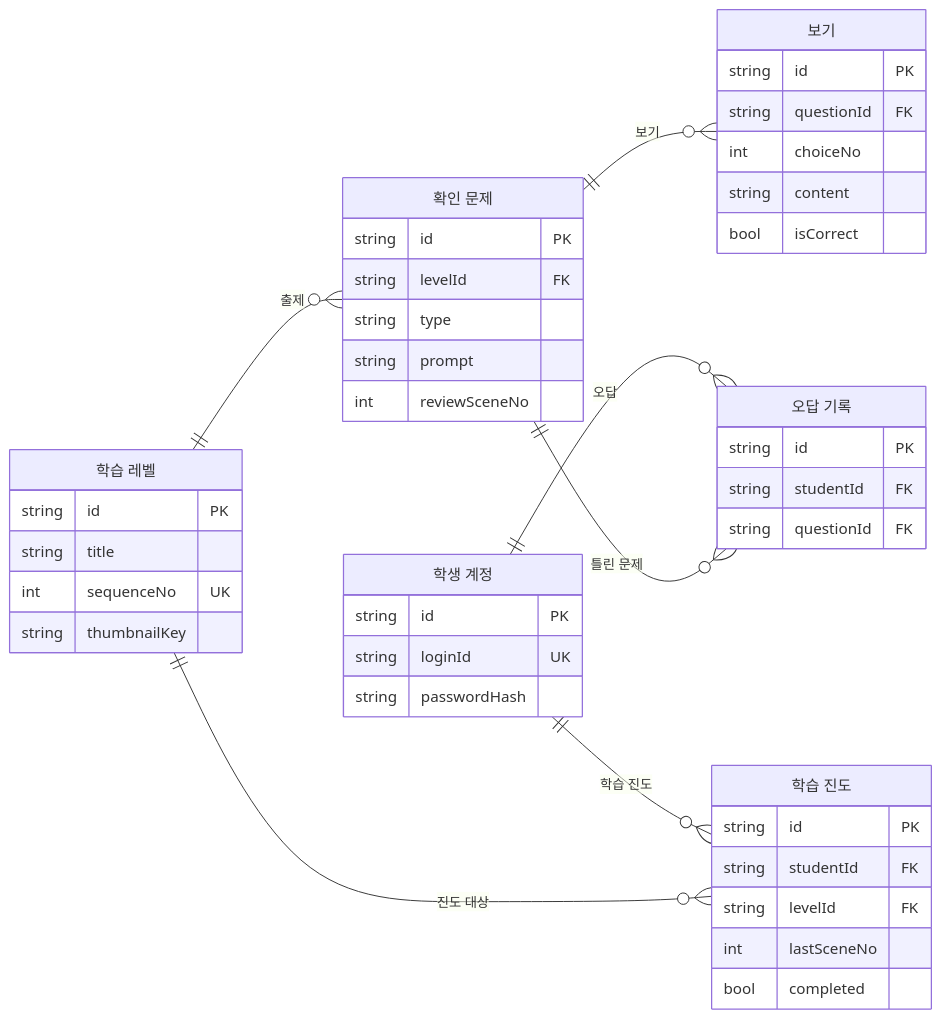
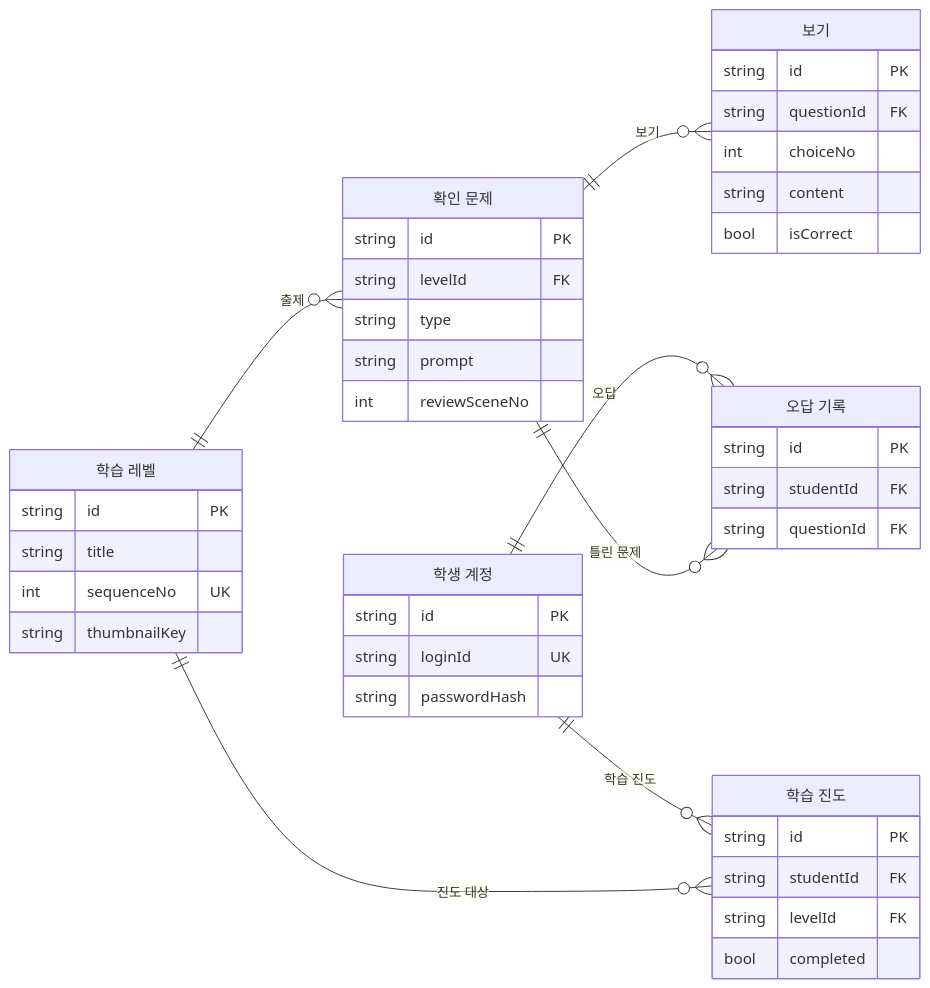
One commit to jsjin7371/dynamic-geometry-book changed the diagram in docs/ERD.md. Above: the diagram before and after it, drawn with Mermaid. The commit also changed other lines of this file, not shown here.

Commit message:
docs: ERD 진도 열을 progress.csv에 맞춤

````diff
--- a/docs/ERD.md
+++ b/docs/ERD.md
@@ -32,47 +32,46 @@
 ```mermaid
 erDiagram
     direction LR
     student["학생 계정"] {
         string id PK
         string loginId UK
         string passwordHash
     }
     level["학습 레벨"] {
         string id PK
         string title
         int sequenceNo UK
         string thumbnailKey
     }
     question["확인 문제"] {
         string id PK
         string levelId FK
         string type
         string prompt
         int reviewSceneNo
     }
     answerChoice["보기"] {
         string id PK
         string questionId FK
         int choiceNo
         string content
         bool isCorrect
     }
     progress["학습 진도"] {
         string id PK
         string studentId FK
         string levelId FK
-        int lastSceneNo
         bool completed
     }
     wrongAnswer["오답 기록"] {
         string id PK
         string studentId FK
         string questionId FK
     }
     level ||--o{ question : "출제"
     question ||--o{ answerChoice : "보기"
     student ||--o{ progress : "학습 진도"
     level ||--o{ progress : "진도 대상"
     student ||--o{ wrongAnswer : "오답"
     question ||--o{ wrongAnswer : "틀린 문제"
 ```
````
